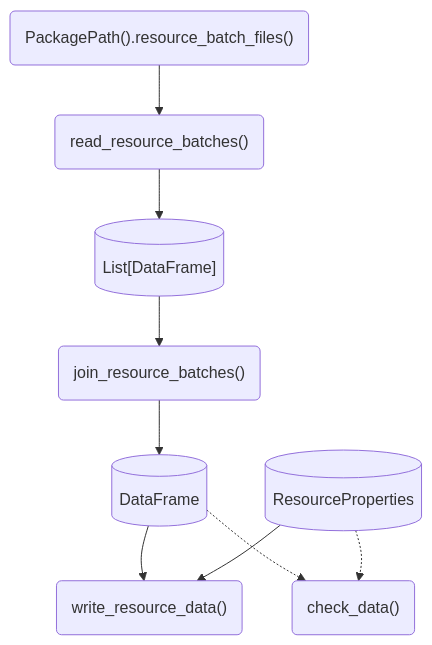
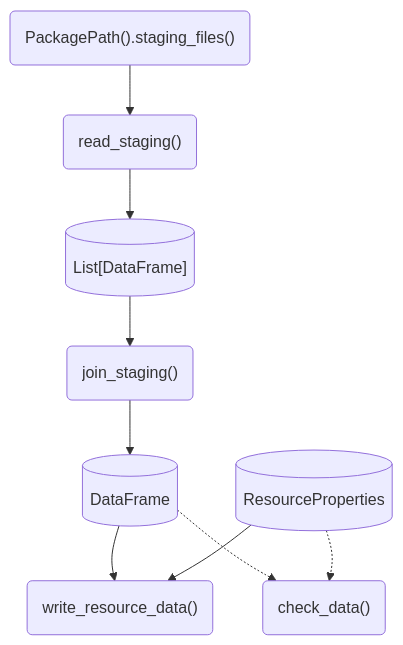
One commit to seedcase-project/seedcase-sprout changed the third of 4 diagrams in docs/design/interface/flows.qmd. Above: the diagram before and after it, drawn with Mermaid. The commit also changed other lines of this file and 18 other files, not shown here.

Commit message:
refactor: 🚚 rename from batches to staging (#1762)

````diff
--- a/docs/design/interface/flows.qmd
+++ b/docs/design/interface/flows.qmd
@@ -101,26 +100,26 @@
 ```{mermaid}
 %%| label: fig-flow-create-resource-data
 %%| fig-cap: >-
 %%|   Diagram showing the flow of objects and functions to create or re-create
 %%|   the resource data.
 %%| fig-alt: "A flow diagram showing the steps to create or re-create the resource data."
 
 flowchart
-    path_resource_batch_files("PackagePath().resource_batch_files()")
-    read_resource_batches("read_resource_batches()")
+    path_staging_files("PackagePath().staging_files()")
+    read_staging("read_staging()")
     list_data[("List[DataFrame]")]
-    join_resource_batches("join_resource_batches()")
+    join_staging("join_staging()")
     joined_data[(DataFrame)]
     write_resource_data("write_resource_data()")
     resource_properties[(ResourceProperties)]
     check_data("check_data()")
 
-    path_resource_batch_files --> read_resource_batches
-    read_resource_batches --> list_data
-    list_data --> join_resource_batches
-    join_resource_batches --> joined_data
+    path_staging_files --> read_staging
+    read_staging --> list_data
+    list_data --> join_staging
+    join_staging --> joined_data
     joined_data --> write_resource_data
     resource_properties --> write_resource_data
     joined_data -.-> check_data
     resource_properties -.-> check_data
 ```
````
